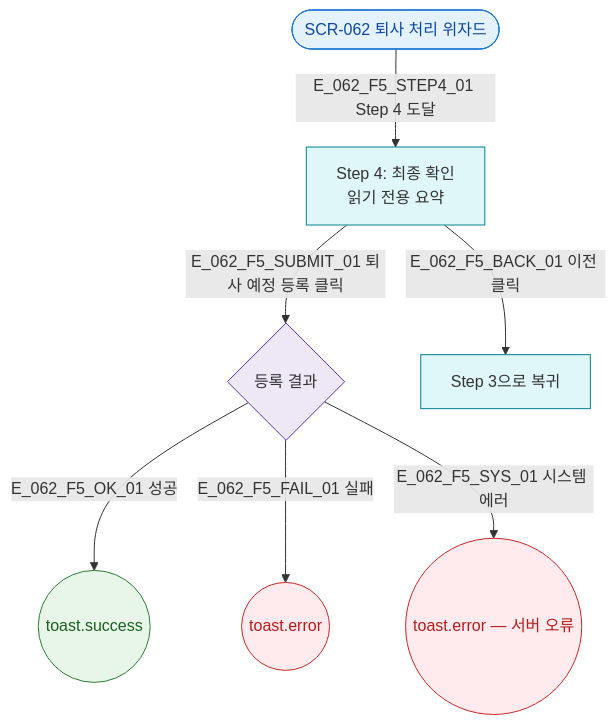
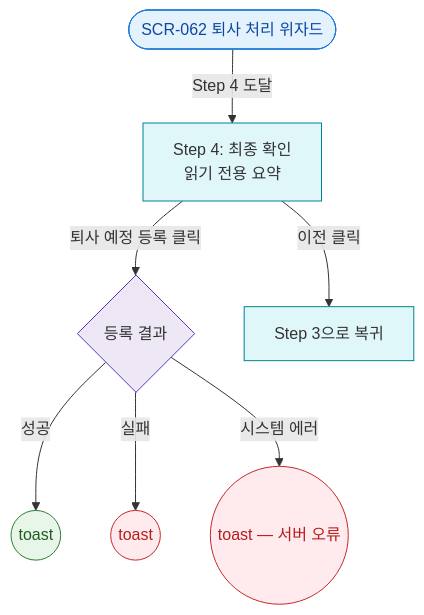
One commit to dev-spogym/admin-pando changed the diagram in docs/다이어그램/D07_직원관리/SCR-062_직원퇴사처리/F5_모달트리거.md. Above: the diagram before and after it, drawn with Mermaid. The commit also changed other lines of this file and 1660 other files, not shown here.

First line of the commit message:
다이어그램: 기획자/클라이언트 납품본으로 정리

````diff
--- a/docs/다이어그램/D07_직원관리/SCR-062_직원퇴사처리/F5_모달트리거.md
+++ b/docs/다이어그램/D07_직원관리/SCR-062_직원퇴사처리/F5_모달트리거.md
@@ -18,25 +16,25 @@
 ```mermaid
 flowchart TD
   SCR_062([SCR-062 퇴사 처리 위자드])
 
-  SCR_062 -->|E_062_F5_STEP4_01 Step 4 도달| STEP4[Step 4: 최종 확인\n읽기 전용 요약]
+  SCR_062 -->|Step 4 도달|STEP4[Step 4: 최종 확인\n읽기 전용 요약]
 
-  STEP4 -->|E_062_F5_SUBMIT_01 퇴사 예정 등록 클릭| CONFIRM_RESULT{등록 결과}
-  CONFIRM_RESULT -->|E_062_F5_OK_01 성공| TOAST_OK((toast.success))
-  CONFIRM_RESULT -->|E_062_F5_FAIL_01 실패| TOAST_ERR((toast.error))
-  CONFIRM_RESULT -->|E_062_F5_SYS_01 시스템 에러| TOAST_SYS((toast.error — 서버 오류))
+  STEP4 -->|퇴사 예정 등록 클릭|CONFIRM_RESULT{등록 결과}
+  CONFIRM_RESULT -->|성공|TOAST_OK((toast))
+  CONFIRM_RESULT -->|실패|TOAST_ERR((toast))
+  CONFIRM_RESULT -->|시스템 에러|TOAST_SYS((toast — 서버 오류))
 
-  STEP4 -->|E_062_F5_BACK_01 이전 클릭| STEP3[Step 3으로 복귀]
+  STEP4 -->|이전 클릭|STEP3[Step 3으로 복귀]
 
-  classDef screen  fill:#E3F2FD,stroke:#1976D2,color:#0D47A1
+  classDef screen fill:#E3F2FD,stroke:#1976D2,color:#0D47A1
   classDef success fill:#E8F5E9,stroke:#2E7D32,color:#1B5E20
-  classDef error   fill:#FFEBEE,stroke:#C62828,color:#B71C1C
-  classDef system  fill:#EDE7F6,stroke:#5E35B2
-  classDef info    fill:#E0F7FA,stroke:#00838F
+  classDef error fill:#FFEBEE,stroke:#C62828,color:#B71C1C
+  classDef system fill:#EDE7F6,stroke:#5E35B2
+  classDef info fill:#E0F7FA,stroke:#00838F
 
   class SCR_062 screen
   class STEP4,STEP3 info
   class CONFIRM_RESULT system
   class TOAST_OK success
   class TOAST_ERR,TOAST_SYS error
 ```
````
